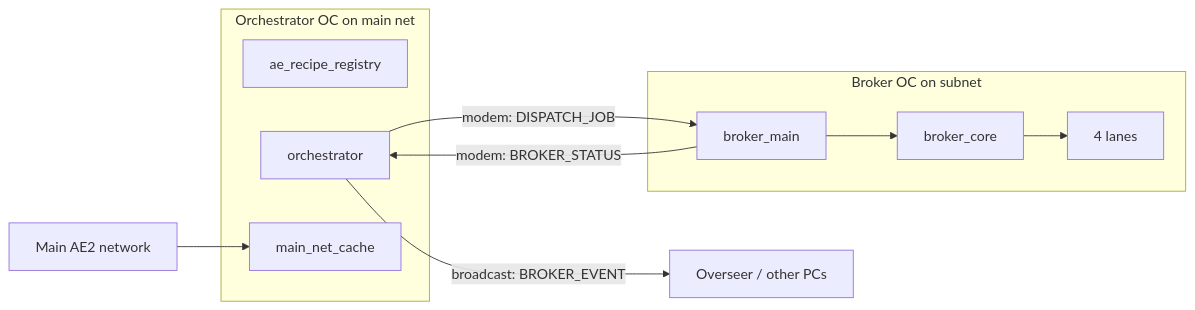
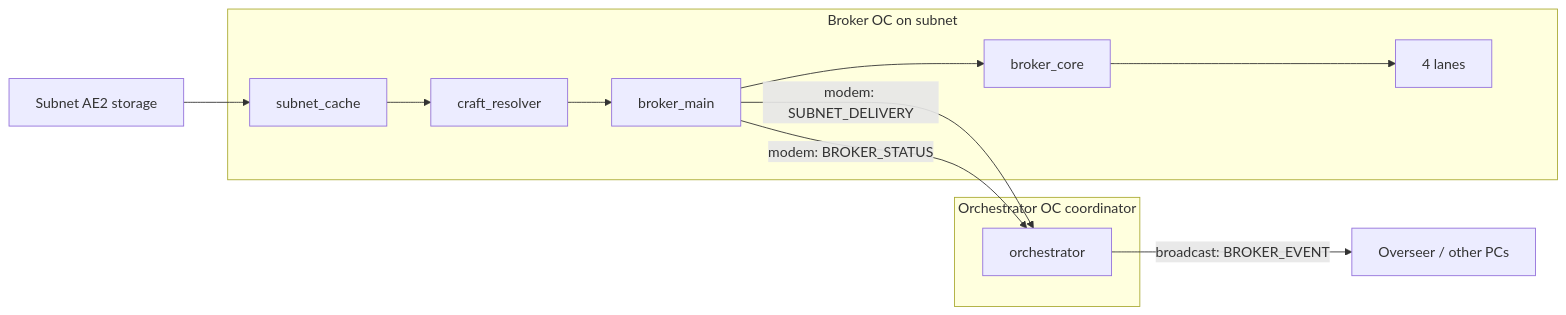
Before and after one commit to tjmeltesen/AutoOS: the second of 2 diagrams in README.md, drawn with Mermaid. The commit also changed other lines of this file and 20 other files, not shown here.

````diff
--- a/README.md
+++ b/README.md
@@ -446,18 +446,19 @@
 ```mermaid
 flowchart LR
-  subgraph orchOC [Orchestrator OC on main net]
-    Registry[ae_recipe_registry]
+  subgraph orchOC [Orchestrator OC coordinator]
     OrchFSM[orchestrator]
-    MainME[main_net_cache]
   end
   subgraph brokerOC [Broker OC on subnet]
+    SubnetME[subnet_cache]
+    Resolver[craft_resolver]
     BrokerMain[broker_main]
     BrokerCore[broker_core]
     Lanes[4 lanes]
   end
-  MainNet[Main AE2 network] --> MainME
-  OrchFSM -->|"modem: DISPATCH_JOB"| BrokerMain
+  SubnetNet[Subnet AE2 storage] --> SubnetME
+  SubnetME --> Resolver --> BrokerMain
+  BrokerMain -->|"modem: SUBNET_DELIVERY"| OrchFSM
   BrokerMain -->|"modem: BROKER_STATUS"| OrchFSM
   OrchFSM -->|"broadcast: BROKER_EVENT"| Listeners[Overseer / other PCs]
   BrokerMain --> BrokerCore --> Lanes
 ```
````
